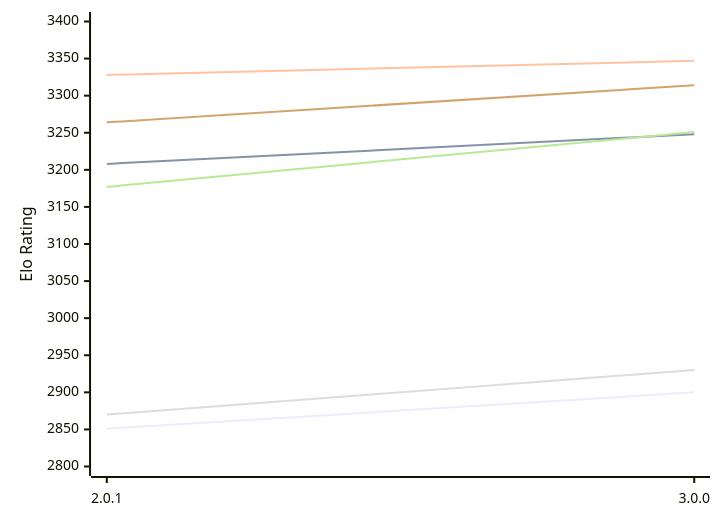
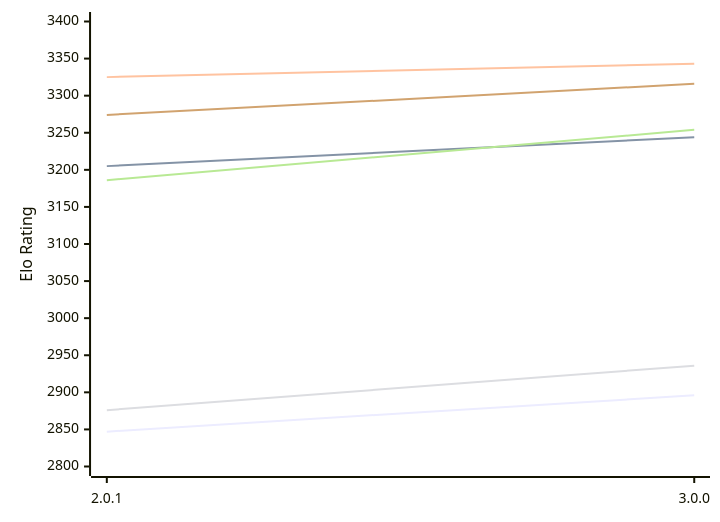
Before and after one commit to computer-chess-index/cci: the first of 2 diagrams in engines/Grail.md, drawn with Mermaid. The commit also changed other lines of this file, not shown here.

Commit message:
Update CCI Ratings (ELO VLTC) - 2026-11-21

````diff
--- a/engines/Grail.md
+++ b/engines/Grail.md
@@ -56,12 +56,12 @@
 ```mermaid
 %%{init: {"theme":"base","themeVariables":{"seriesColors:['#a3a3a3','#222221','#faa371']}}}%%
 xychart-beta
   x-axis ["2.0.1", "3.0.0"]
   y-axis "Elo Rating" 2800 --> 3400
-  line "E1: STC (8.0+0.08s)" [2851, 2900]
-  line "E1: LTC (60.0+0.60s)" [3208, 3248]
-  line "E1: VLTC (2m24s+1.12s)" [3328, 3347]
-  line "P1: STC (8.0+0.08s)" [2870, 2930]
-  line "P1: LTC (60.0+0.60s)" [3177, 3251]
-  line "P1: VLTC (2m24s+1.12s)" [3264, 3314]
+  line "E1: STC (8.0+0.08s)" [2847, 2896]
+  line "E1: LTC (60.0+0.60s)" [3205, 3244]
+  line "E1: VLTC (2m24s+1.12s)" [3325, 3343]
+  line "P1: STC (8.0+0.08s)" [2876, 2936]
+  line "P1: LTC (60.0+0.60s)" [3186, 3254]
+  line "P1: VLTC (2m24s+1.12s)" [3274, 3316]
 ```
````
